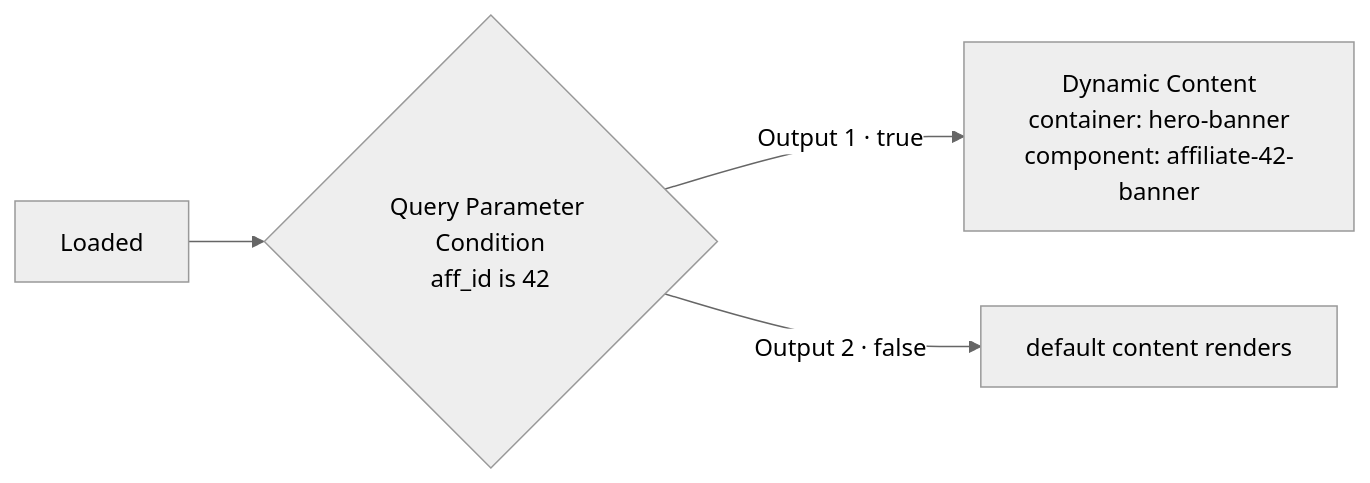
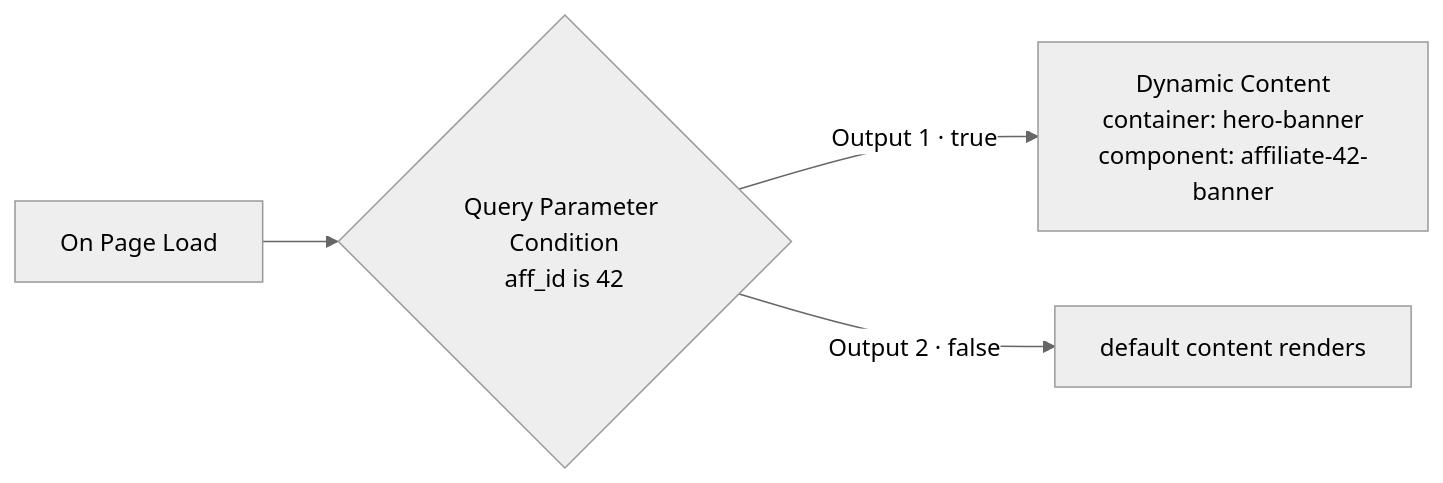
Before and after one commit to elasticfunnels/docs: the diagram in funnels/dynamic-content.mdx, drawn with Mermaid (neutral theme). The commit also changed other lines of this file and 7 other files, not shown here.

Commit message:
Page events docs: the start node is "On Page Load" (was "Loaded" / "On Page Loaded"), matching the app label on fix/page-events-entry-label

````diff
--- a/funnels/dynamic-content.mdx
+++ b/funnels/dynamic-content.mdx
@@ -93,6 +93,6 @@
 ```mermaid
 flowchart LR
-  E[Loaded] --> C{Query Parameter Condition<br/>aff_id is 42}
+  E[On Page Load] --> C{Query Parameter Condition<br/>aff_id is 42}
   C -->|Output 1 · true| D[Dynamic Content<br/>container: hero-banner<br/>component: affiliate-42-banner]
   C -->|Output 2 · false| N[ default content renders ]
 ```
````
